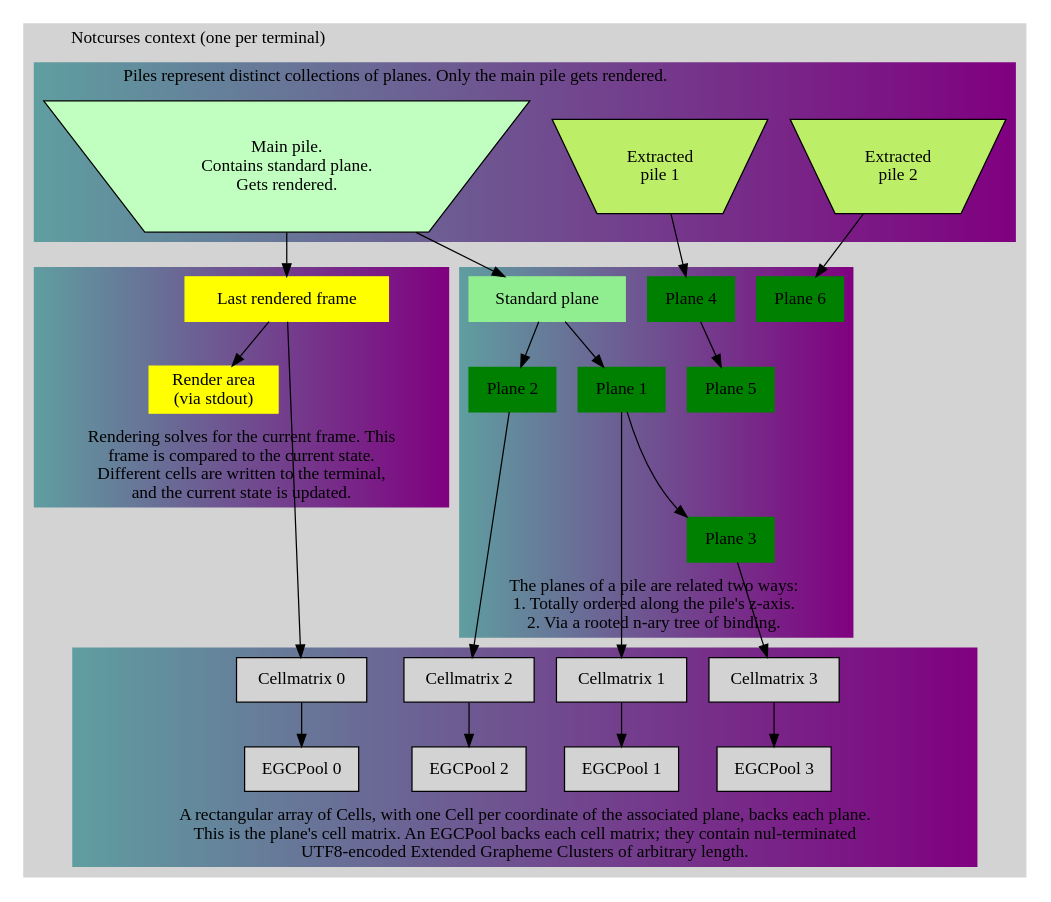
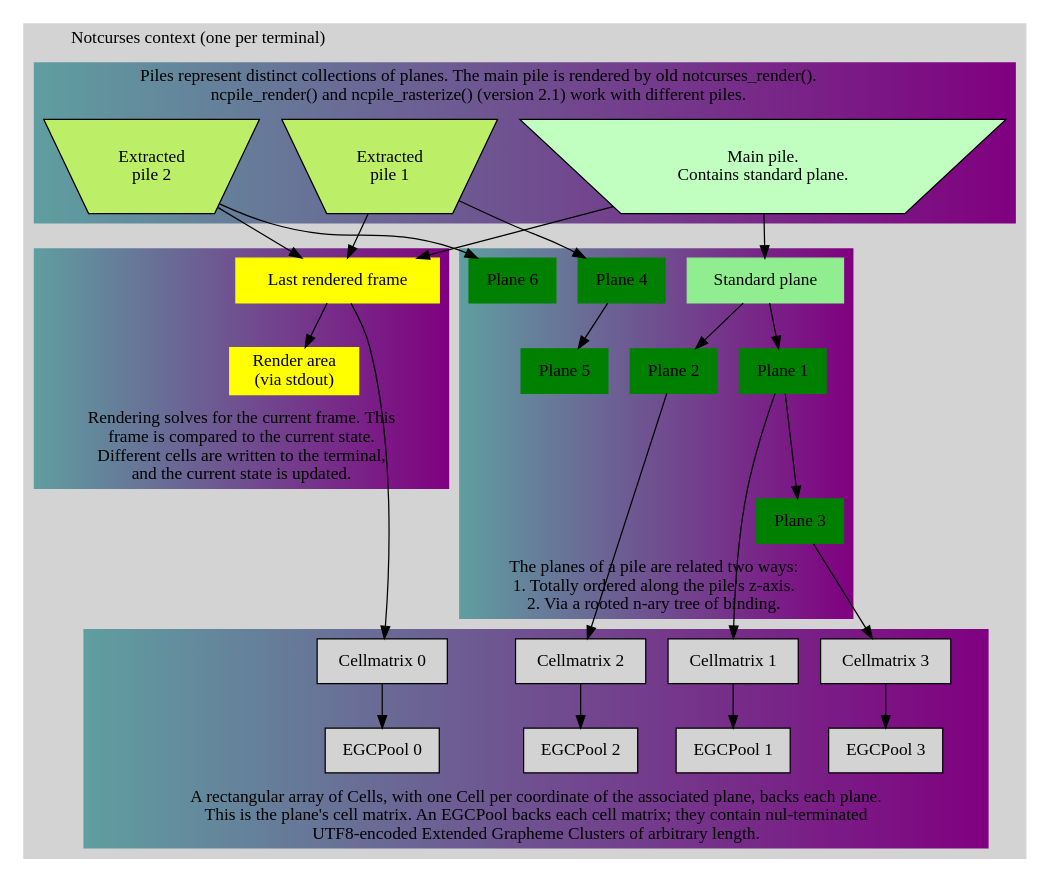
Before and after one commit to dankamongmen/notcurses: the diagram in doc/model.dot, drawn with Graphviz. The commit also changed 1 other file, not shown here.

Commit message:
update data model diagram, link to debminiconf talk in history

```diff
--- a/doc/model.dot
+++ b/doc/model.dot
@@ -1,70 +1,72 @@
 digraph G {
   subgraph clusterNotcurses {
     labeljust="l";
     label = "Notcurses context (one per terminal)"
     style = filled;
     color = lightgrey;
     compound = "true"
     subgraph clusterRedner {
       label="Rendering solves for the current frame. This\nframe is compared to the current state.\nDifferent cells are written to the terminal,\nand the current state is updated."
       style="filled"
       color="cadetblue:purple"
       LastFrame [ shape=rectangle label="Last rendered frame" style=filled color=yellow ]
       RenderArea [ shape=rectangle label="Render area\n(via stdout)" style=filled color=yellow ]
       labelloc="b"
     }
     subgraph clusterZaxis {
-      label="Piles represent distinct collections of planes. Only the main pile gets rendered."
+      label="Piles represent distinct collections of planes. The main pile is rendered by old notcurses_render().\nncpile_render() and ncpile_rasterize() (version 2.1) work with different piles."
       style=filled;
       color="cadetblue:purple";
-      pileMain [ label="Main pile.\nContains standard plane.\nGets rendered." style="filled" fillcolor=darkseagreen1 shape=invtrapezium ]
+      pileMain [ label="Main pile.\nContains standard plane." style="filled" fillcolor=darkseagreen1 shape=invtrapezium ]
       pile1 [ label="Extracted\npile 1" style="filled" fillcolor=darkolivegreen2 shape=invtrapezium ]
       pile2 [ label="Extracted\npile 2" style="filled" fillcolor=darkolivegreen2 shape=invtrapezium ]
       { rank=same; pileMain pile1 pile2 }
     }
     pileMain -> LastFrame
+    pile1 -> LastFrame
+    pile2 -> LastFrame
     LastFrame -> RenderArea
     subgraph clusterPlanes {
       labelloc="b"
       label="The planes of a pile are related two ways:\n1. Totally ordered along the pile's z-axis.\n2. Via a rooted n-ary tree of binding."
       style=filled;
       color="cadetblue:purple";
       planeStd [ label="Standard plane" shape=rectangle color="lightgreen" style=filled ]
       plane1 [ label="Plane 1" shape=rectangle color="green" style=filled ]
       plane2 [ label="Plane 2" shape=rectangle color="green" style=filled ]
       plane3 [ label="Plane 3" shape=rectangle color="green" style=filled ]
       plane4 [ label="Plane 4" shape=rectangle color="green" style=filled ]
       plane5 [ label="Plane 5" shape=rectangle color="green" style=filled ]
       plane6 [ label="Plane 6" shape=rectangle color="green" style=filled ]
       pileMain -> planeStd
       planeStd -> plane1
       planeStd -> plane2
       plane1 -> plane3
       pile1 -> plane4
       plane4 -> plane5
       pile2 -> plane6
     }
     subgraph clusterMatrices {
       labelloc="b"
       label="A rectangular array of Cells, with one Cell per coordinate of the associated plane, backs each plane.\nThis is the plane's cell matrix. An EGCPool backs each cell matrix; they contain nul-terminated\nUTF8-encoded Extended Grapheme Clusters of arbitrary length."
       style=filled;
       color="cadetblue:purple";
       cMatrix0 [ label="Cellmatrix 0" shape=rectangle style=filled ]
       cMatrix1 [ label="Cellmatrix 1" shape=rectangle style=filled ]
       cMatrix2 [ label="Cellmatrix 2" shape=rectangle style=filled ]
       cMatrix3 [ label="Cellmatrix 3" shape=rectangle style=filled ]
       plane1 -> cMatrix1
       plane2 -> cMatrix2
       plane3 -> cMatrix3
       LastFrame -> cMatrix0
       egcPool0 [ label="EGCPool 0" shape=rectangle style=filled ]
       egcPool1 [ label="EGCPool 1" shape=rectangle style=filled ]
       egcPool2 [ label="EGCPool 2" shape=rectangle style=filled ]
       egcPool3 [ label="EGCPool 3" shape=rectangle style=filled ]
       cMatrix0 -> egcPool0
       cMatrix1 -> egcPool1
       cMatrix2 -> egcPool2
       cMatrix3 -> egcPool3
     }
   }
 }
```
